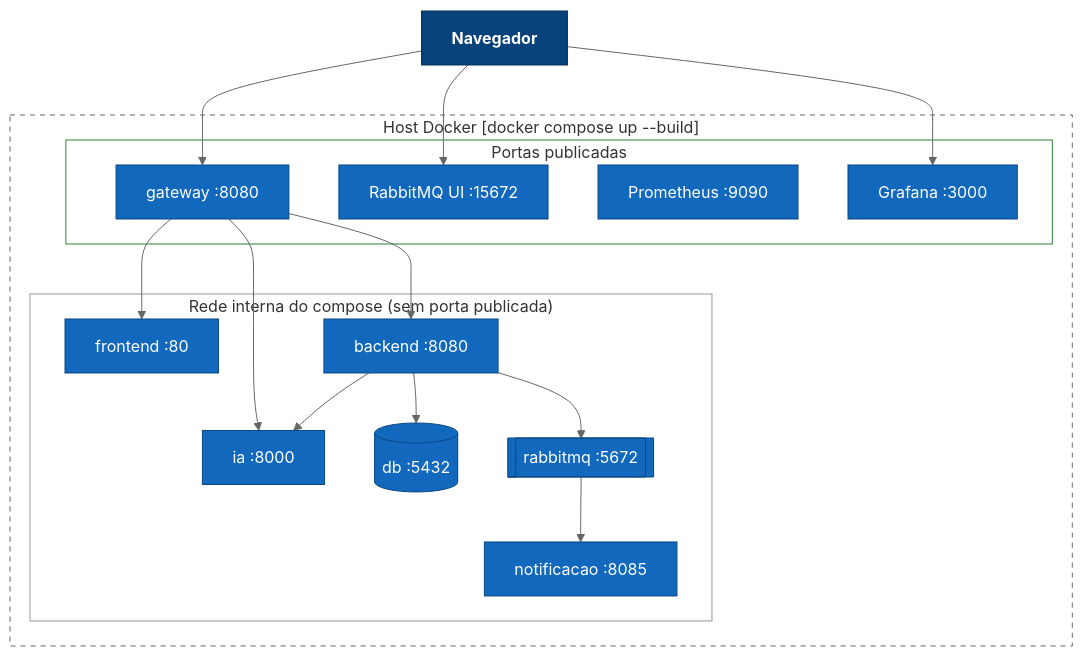
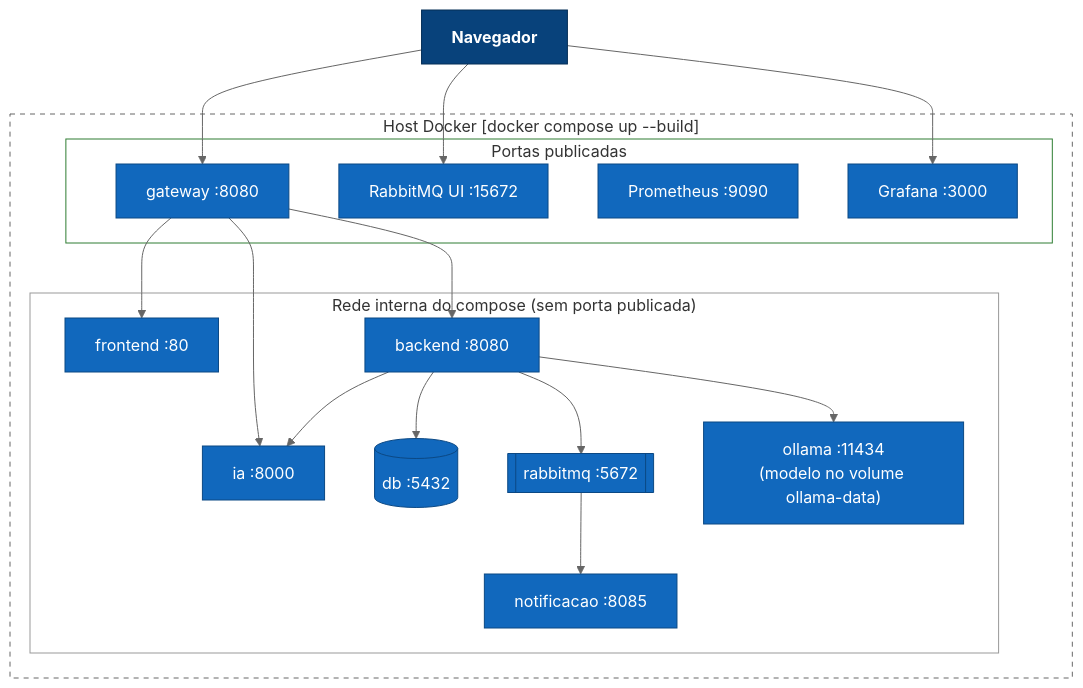
The eighth of 8 diagrams in README.md (IHPNULL/gameeducator-backend), drawn with Mermaid (neutral theme) before and after one commit. The commit also changed other lines of this file and 31 other files, not shown here.

````diff
--- a/README.md
+++ b/README.md
@@ -288,30 +333,31 @@
 ```mermaid
 flowchart TB
     nav["<b>Navegador</b>"]:::pessoa
     subgraph host["Host Docker [docker compose up --build]"]
         subgraph pub["Portas publicadas"]
             gw["gateway :8080"]:::container
             rmqui["RabbitMQ UI :15672"]:::container
             prom["Prometheus :9090"]:::container
             graf["Grafana :3000"]:::container
         end
         subgraph rede["Rede interna do compose (sem porta publicada)"]
             spa["frontend :80"]:::container
             core["backend :8080"]:::container
             ia["ia :8000"]:::container
             db[("db :5432")]:::container
             mq[["rabbitmq :5672"]]:::container
             notif["notificacao :8085"]:::container
+            llm["ollama :11434<br/>(modelo no volume ollama-data)"]:::container
         end
     end
     nav --> gw & rmqui & graf
     gw --> spa & core & ia
-    core --> db & mq & ia
+    core --> db & mq & ia & llm
     mq --> notif
 
     classDef pessoa fill:#08427b,stroke:#052e56,color:#fff
     classDef container fill:#1168bd,stroke:#0b4884,color:#fff
     style host fill:none,stroke:#666,stroke-dasharray:5 5
     style pub fill:none,stroke:#2e7d32
     style rede fill:none,stroke:#999
 ```
````
